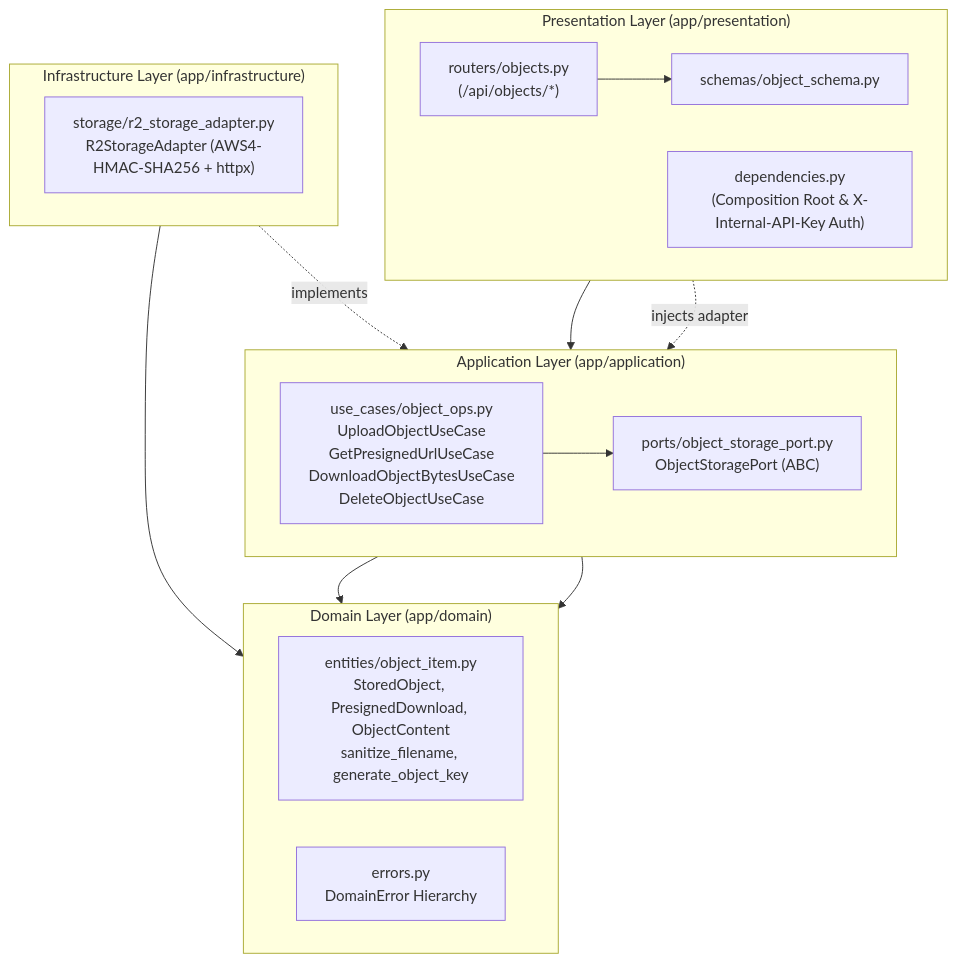
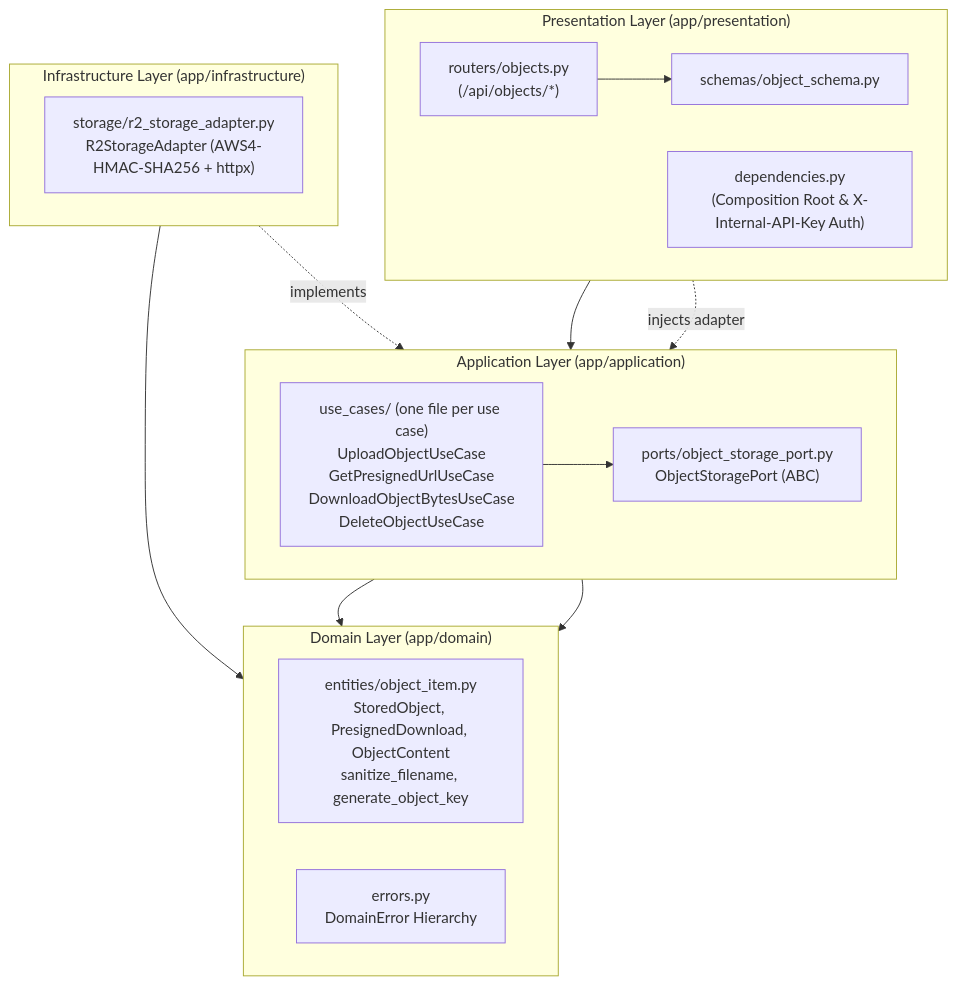
Before and after one commit to gengocodes/general_chat: the diagram in bucket-manager/README.md, drawn with Mermaid. The commit also changed other lines of this file and 15 other files, not shown here.

Commit message:
refactor(application): split use cases into one file per use case

````diff
--- a/bucket-manager/README.md
+++ b/bucket-manager/README.md
@@ -13,37 +13,37 @@
 ```mermaid
 flowchart TB
     subgraph Presentation["Presentation Layer (app/presentation)"]
         direction LR
         ObjRouter["routers/objects.py\n(/api/objects/*)"]
         Schemas["schemas/object_schema.py"]
         Deps["dependencies.py\n(Composition Root & X-Internal-API-Key Auth)"]
     end
 
     subgraph Application["Application Layer (app/application)"]
         direction LR
-        UseCases["use_cases/object_ops.py\nUploadObjectUseCase\nGetPresignedUrlUseCase\nDownloadObjectBytesUseCase\nDeleteObjectUseCase"]
+        UseCases["use_cases/ (one file per use case)\nUploadObjectUseCase\nGetPresignedUrlUseCase\nDownloadObjectBytesUseCase\nDeleteObjectUseCase"]
         Port["ports/object_storage_port.py\nObjectStoragePort (ABC)"]
     end
 
     subgraph Domain["Domain Layer (app/domain)"]
         direction LR
         Entities["entities/object_item.py\nStoredObject, PresignedDownload, ObjectContent\nsanitize_filename, generate_object_key"]
         Errors["errors.py\nDomainError Hierarchy"]
     end
 
     subgraph Infrastructure["Infrastructure Layer (app/infrastructure)"]
         direction LR
         R2Adapter["storage/r2_storage_adapter.py\nR2StorageAdapter (AWS4-HMAC-SHA256 + httpx)"]
     end
 
     ObjRouter --> Schemas
     ObjRouter --> UseCases
     Deps -.->|"injects adapter"| UseCases
 
     UseCases --> Port
     UseCases --> Entities
     Port --> Entities
 
     R2Adapter -.->|"implements"| Port
     R2Adapter --> Errors
 ```
````
